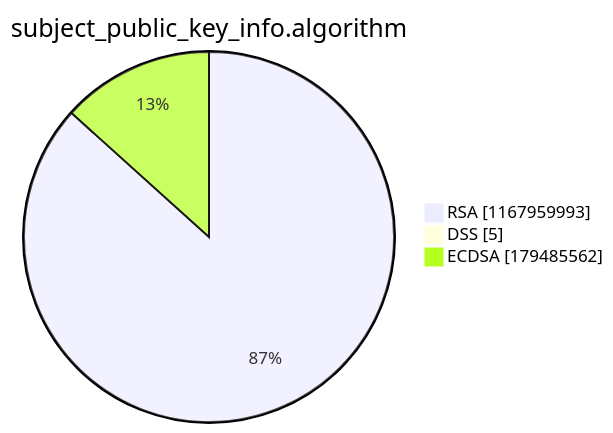
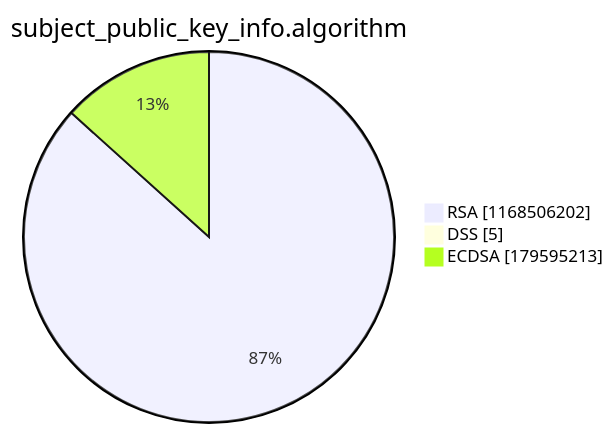
Before and after one commit to christiankrug/ctmonitor_visualization: the third of 15 diagrams in argon2022/README.md, drawn with Mermaid. The commit also changed other lines of this file, not shown here.

````diff
--- a/argon2022/README.md
+++ b/argon2022/README.md
@@ -14,7 +14,7 @@
 ```mermaid
 pie showData
 title subject_public_key_info.algorithm
-"RSA" :1167959993
+"RSA" :1168506202
 "DSS" :5
-"ECDSA" :179485562
+"ECDSA" :179595213
 ```
````
